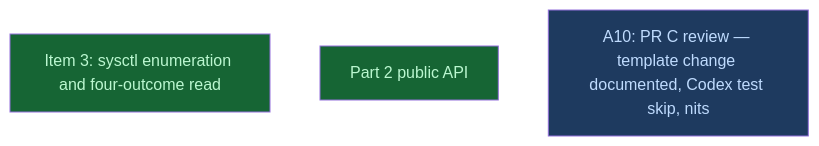
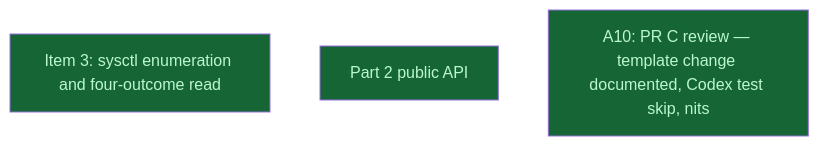
Before and after one commit to LittleCoinCoin/hypomnesis: the diagram in __roadmap__/v0214-sandbox/part1/close/part2/README.md, drawn with Mermaid. The commit also changed other lines of this file and 2 other files, not shown here.

Commit message:
docs(roadmap): mark maintainer_review_c done — PR C's review answered
A10 landed on v0214-part2 as 18 commits, head 2cc729d, each fix folded
into its owning commit; force-pushed over 1c97d88 with the user's yes.
Per-commit gates are green on all 18 and the full gate set on the head;
CI 8/8. The 15 mentions and the drop message name f03298a7bb, the new
consistency-pass commit. The adversarial verifier's findings F2, F3,
F5 and F6 are fixed by the same implementer, F1's two messages are
reworded, and F4 is a stated residual. The coordinator's integration
review changed "no read worked" to "no other process was read" in every
commit. Reply posted as issuecomment-6075450645.

````diff
--- a/__roadmap__/v0214-sandbox/part1/close/part2/README.md
+++ b/__roadmap__/v0214-sandbox/part1/close/part2/README.md
@@ -23,11 +23,11 @@
 ```mermaid
 graph TD
     kinfo_enumeration[Item 3: sysctl enumeration and four-outcome read]:::done
     api[Part 2 public API]:::done
-    maintainer_review_c[A10: PR C review — template change documented, Codex test skip, nits]:::amendment
+    maintainer_review_c[A10: PR C review — template change documented, Codex test skip, nits]:::done
     classDef done       fill:#166534,color:#bbf7d0
     classDef inprogress fill:#854d0e,color:#fef08a
     classDef planned    fill:#374151,color:#e5e7eb
     classDef amendment  fill:#1e3a5f,color:#bfdbfe
     classDef blocked    fill:#7f1d1d,color:#fecaca
 ```
````
